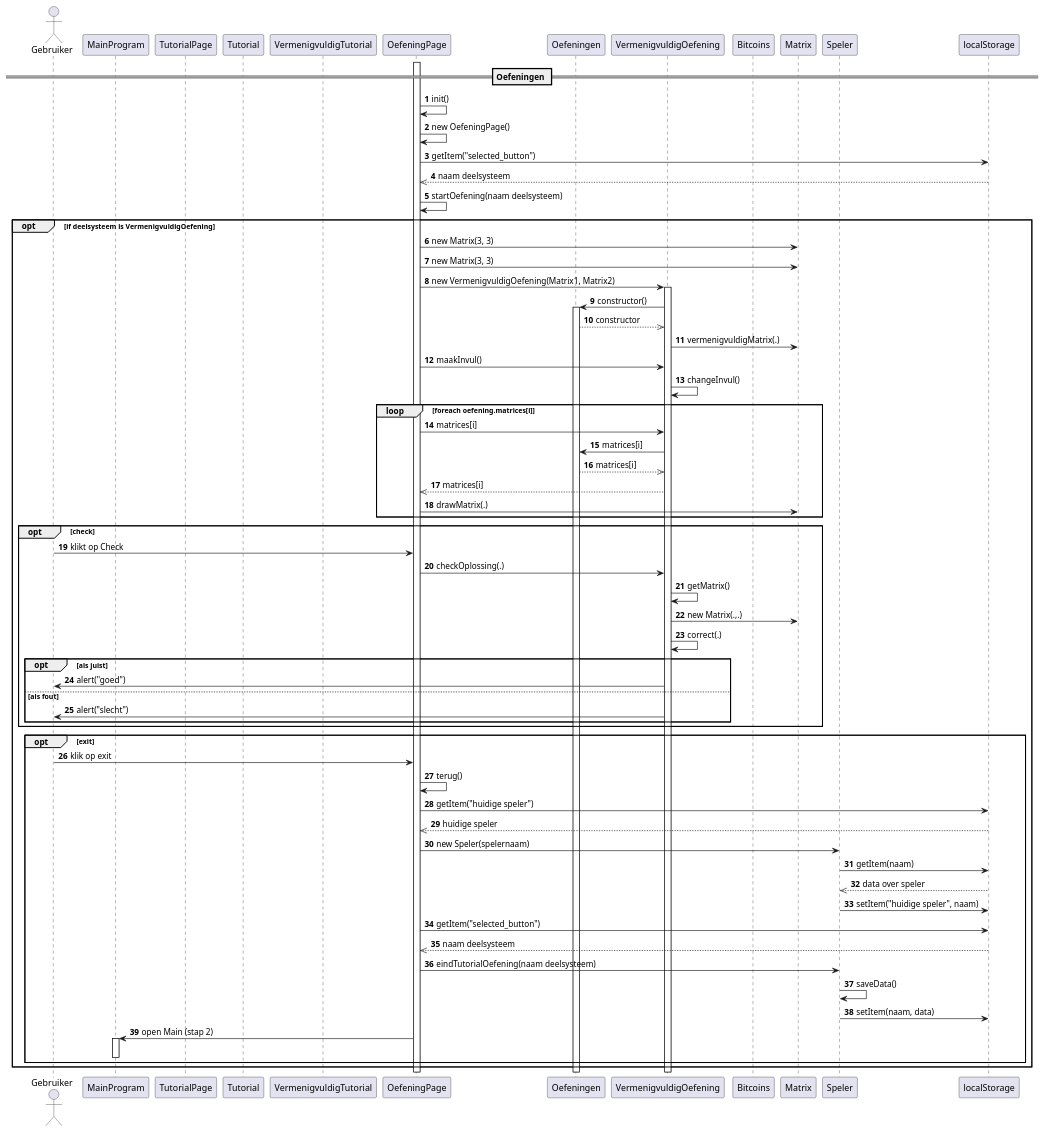
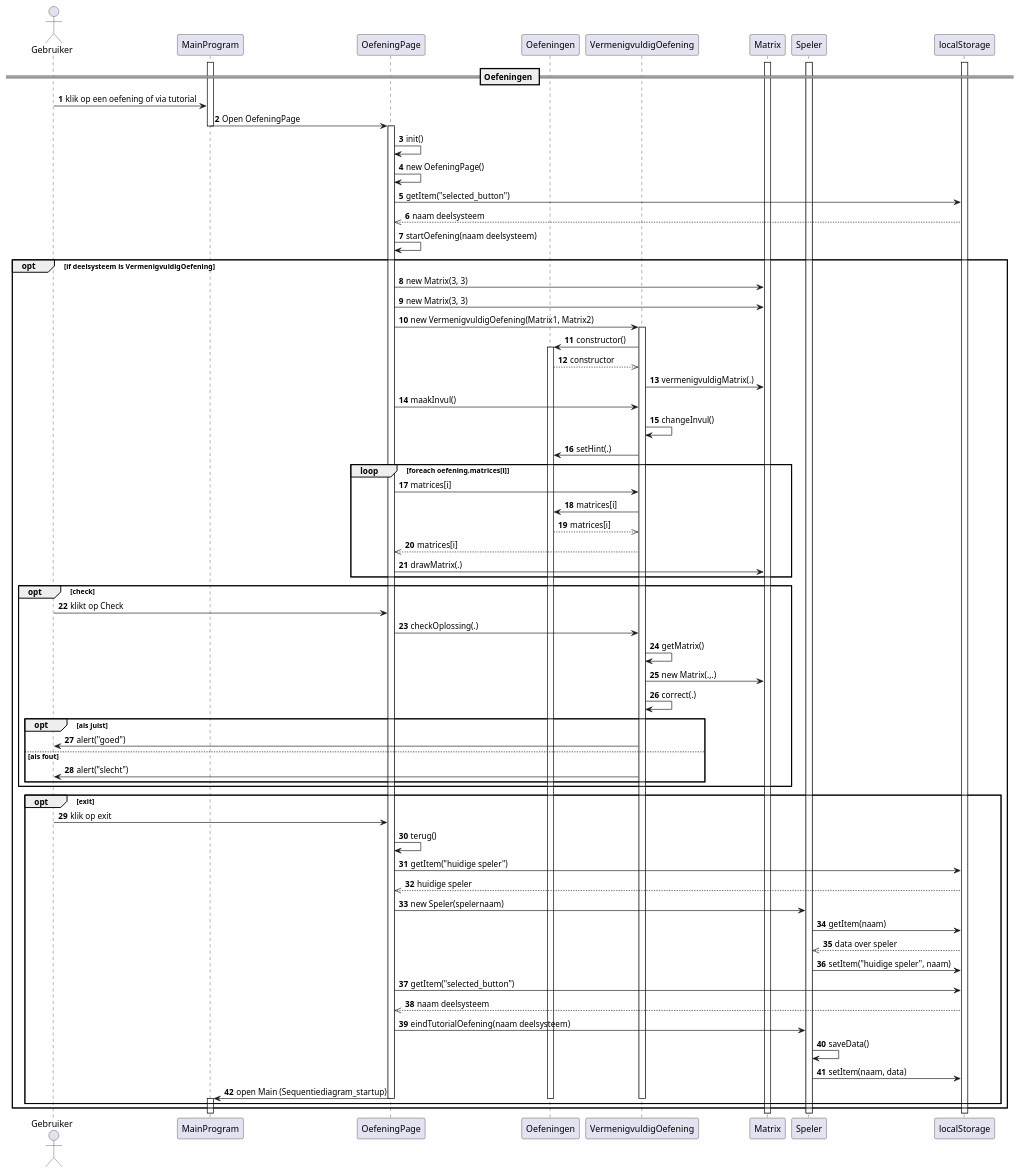
The diagram in Analyse/Sequentiediagram_oefeningen.plantuml (rtalwar2/WELCOME-TO-THE-MATRIX), drawn with PlantUML before and after one commit. The commit also changed 6 other files, not shown here.

Commit message:
Sequentiediagrammen afwerken

```diff
--- a/Analyse/Sequentiediagram_oefeningen.plantuml
+++ b/Analyse/Sequentiediagram_oefeningen.plantuml
@@ -1,97 +1,98 @@
 @startuml
 autonumber
 
 actor Gebruiker
 participant MainProgram
-participant TutorialPage
-participant Tutorial
-participant VermenigvuldigTutorial
 participant OefeningPage
 participant Oefeningen
 participant VermenigvuldigOefening
-participant Bitcoins
 participant Matrix
 participant Speler
 participant localStorage
 
 
+activate MainProgram
+activate Matrix
+activate Speler
+activate localStorage
 
 
 == Oefeningen ==
+Gebruiker -> MainProgram: klik op een oefening of via tutorial
+MainProgram -> OefeningPage: Open OefeningPage
+deactivate MainProgram
 activate OefeningPage
+
 
 OefeningPage -> OefeningPage: init()
 OefeningPage -> OefeningPage: new OefeningPage()
 
 OefeningPage -> localStorage: getItem("selected_button")
-localStorage -->> OefeningPage: naam deelsysteem
+    localStorage -->> OefeningPage: naam deelsysteem
 
 OefeningPage -> OefeningPage: startOefening(naam deelsysteem)
 opt if deelsysteem is VermenigvuldigOefening
     OefeningPage -> Matrix: new Matrix(3, 3)
     OefeningPage -> Matrix: new Matrix(3, 3)
 
     OefeningPage -> VermenigvuldigOefening: new VermenigvuldigOefening(Matrix1, Matrix2)
-    activate VermenigvuldigOefening
-
-    VermenigvuldigOefening -> Oefeningen: constructor()
-    activate Oefeningen
-    Oefeningen -->> VermenigvuldigOefening: constructor
-
-'    VermenigvuldigOefening -> Matrix: new Matrix(.,.,"0")
-    VermenigvuldigOefening -> Matrix: vermenigvuldigMatrix(.)
+        activate VermenigvuldigOefening
+        VermenigvuldigOefening -> Oefeningen: constructor()
+            activate Oefeningen
+            Oefeningen -->> VermenigvuldigOefening: constructor
+        VermenigvuldigOefening -> Matrix: vermenigvuldigMatrix(.)
 
     OefeningPage -> VermenigvuldigOefening: maakInvul()
-    VermenigvuldigOefening -> VermenigvuldigOefening: changeInvul()
+        VermenigvuldigOefening -> VermenigvuldigOefening: changeInvul()
+        VermenigvuldigOefening -> Oefeningen: setHint(.)
 
     loop foreach oefening.matrices[i]
         OefeningPage -> VermenigvuldigOefening: matrices[i]
-        VermenigvuldigOefening -> Oefeningen: matrices[i]
-        Oefeningen -->> VermenigvuldigOefening: matrices[i]
-        VermenigvuldigOefening -->> OefeningPage: matrices[i]
+            VermenigvuldigOefening -> Oefeningen: matrices[i]
+                Oefeningen -->> VermenigvuldigOefening: matrices[i]
+            VermenigvuldigOefening -->> OefeningPage: matrices[i]
 
         OefeningPage -> Matrix: drawMatrix(.)
     end
 
     opt check
        Gebruiker -> OefeningPage: klikt op Check
        OefeningPage ->  VermenigvuldigOefening: checkOplossing(.)
+           VermenigvuldigOefening -> VermenigvuldigOefening: getMatrix()
+               VermenigvuldigOefening -> Matrix: new Matrix(.,.)
+           VermenigvuldigOefening -> VermenigvuldigOefening: correct(.)
+               opt als juist
+                        VermenigvuldigOefening -> Gebruiker: alert("goed")
+                    else als fout
+                        VermenigvuldigOefening -> Gebruiker: alert("slecht")
+               end
+    end
 
-       VermenigvuldigOefening -> VermenigvuldigOefening: getMatrix()
-       VermenigvuldigOefening -> Matrix: new Matrix(.,.)
-       VermenigvuldigOefening -> VermenigvuldigOefening: correct(.)
-       opt als juist
-            VermenigvuldigOefening -> Gebruiker: alert("goed")
-            else als fout
-            VermenigvuldigOefening -> Gebruiker: alert("slecht")
-       end
-
-    end
     opt exit
        Gebruiker -> OefeningPage: klik op exit
+       OefeningPage -> OefeningPage: terug()
+           OefeningPage -> localStorage: getItem("huidige speler")
+               localStorage -->> OefeningPage: huidige speler
 
-       OefeningPage -> OefeningPage: terug()
+           OefeningPage -> Speler: new Speler(spelernaam)
+               Speler -> localStorage: getItem(naam)
+                   localStorage -->> Speler: data over speler
+               Speler -> localStorage: setItem("huidige speler", naam)
 
-       OefeningPage -> localStorage: getItem("huidige speler")
-       localStorage -->> OefeningPage: huidige speler
+           OefeningPage -> localStorage: getItem("selected_button")
+               localStorage -->> OefeningPage: naam deelsysteem
 
-       OefeningPage -> Speler: new Speler(spelernaam)
+           OefeningPage -> Speler: eindTutorialOefening(naam deelsysteem)
+               Speler -> Speler: saveData()
+                   Speler -> localStorage: setItem(naam, data)
 
-       Speler -> localStorage: getItem(naam)
-       localStorage -->> Speler: data over speler
-       Speler -> localStorage: setItem("huidige speler", naam)
-
-       OefeningPage -> localStorage: getItem("selected_button")
-       localStorage -->> OefeningPage: naam deelsysteem
-
-       OefeningPage -> Speler: eindTutorialOefening(naam deelsysteem)
-       Speler -> Speler: saveData()
-       Speler -> localStorage: setItem(naam, data)
-
-       OefeningPage -> MainProgram: open Main (stap 2)
-       activate MainProgram
-       deactivate MainProgram
+           OefeningPage -> MainProgram: open Main (Sequentiediagram_startup)
+           deactivate OefeningPage
+           deactivate Oefeningen
+           deactivate VermenigvuldigOefening
+           activate MainProgram
     end
 end
 
+
 @enduml
```
